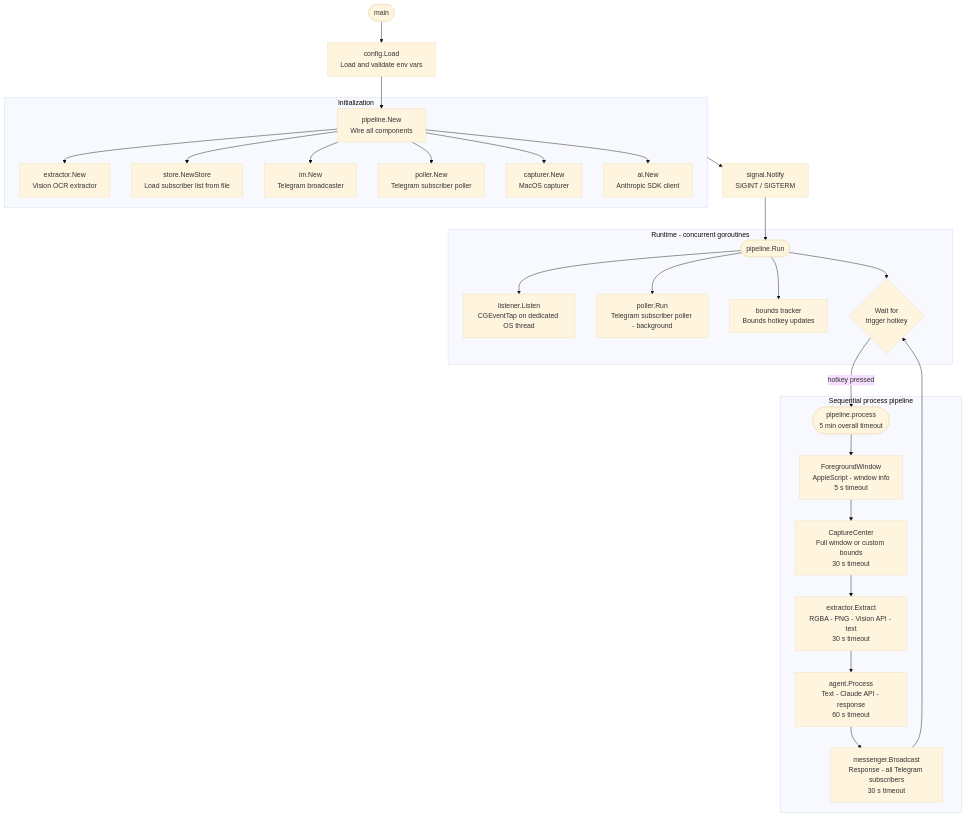
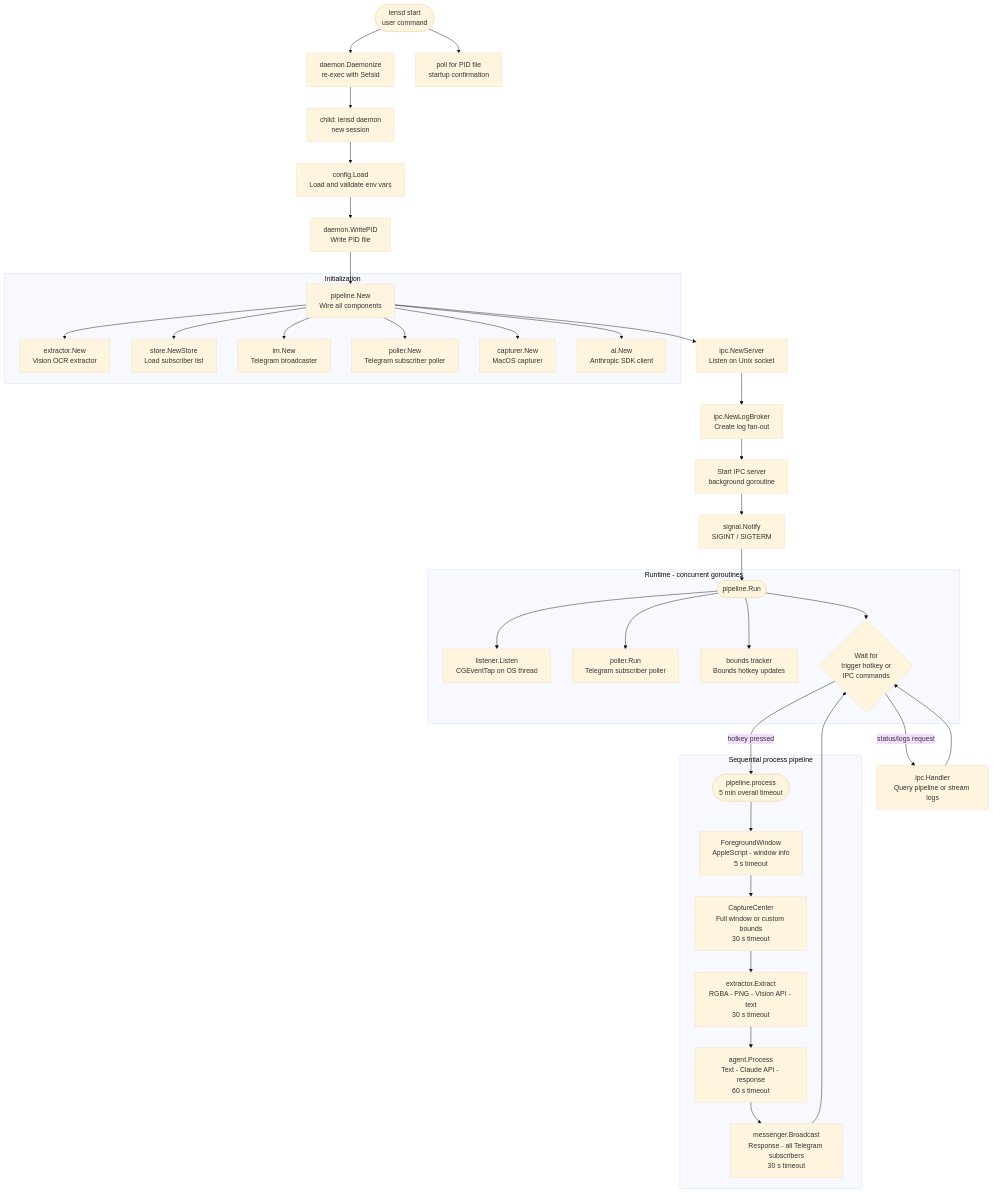
One commit to vdyalex/lens-daemon changed the first of 3 diagrams in docs/ARCHITECTURE.md. Above: the diagram before and after it, drawn with Mermaid (base theme). The commit also changed other lines of this file and 39 other files, not shown here.

````diff
--- a/docs/ARCHITECTURE.md
+++ b/docs/ARCHITECTURE.md
@@ -34,36 +60,46 @@
 ```mermaid
 flowchart TD
-    A([main]) --> B[config.Load<br/>Load and validate env vars]
-    B --> C[pipeline.New<br/>Wire all components]
+    A([lensd start<br/>user command]) --> B[daemon.Daemonize<br/>re-exec with Setsid]
+    B --> C[child: lensd daemon<br/>new session]
+    A --> D[poll for PID file<br/>startup confirmation]
+
+    C --> E[config.Load<br/>Load and validate env vars]
+    E --> F[daemon.WritePID<br/>Write PID file]
+    F --> G[pipeline.New<br/>Wire all components]
+    G --> H[ipc.NewServer<br/>Listen on Unix socket]
 
     subgraph Init[Initialization]
-        C --> D[extractor.New<br/>Vision OCR extractor]
-        C --> E[store.NewStore<br/>Load subscriber list from file]
-        C --> F[im.New<br/>Telegram broadcaster]
-        C --> G[poller.New<br/>Telegram subscriber poller]
-        C --> H[capturer.New<br/>MacOS capturer]
-        C --> I[ai.New<br/>Anthropic SDK client]
+        G --> I[extractor.New<br/>Vision OCR extractor]
+        G --> J[store.NewStore<br/>Load subscriber list]
+        G --> K[im.New<br/>Telegram broadcaster]
+        G --> L[poller.New<br/>Telegram subscriber poller]
+        G --> M[capturer.New<br/>MacOS capturer]
+        G --> N[ai.New<br/>Anthropic SDK client]
     end
 
-    Init --> J[signal.Notify<br/>SIGINT / SIGTERM]
-    J --> K([pipeline.Run])
+    H --> O[ipc.NewLogBroker<br/>Create log fan-out]
+    O --> P[Start IPC server<br/>background goroutine]
+    P --> Q[signal.Notify<br/>SIGINT / SIGTERM]
+    Q --> R([pipeline.Run])
 
     subgraph Runtime[Runtime - concurrent goroutines]
-        K --> L[listener.Listen<br/>CGEventTap on dedicated OS thread]
-        K --> M[poller.Run<br/>Telegram subscriber poller - background]
-        K --> N[bounds tracker<br/>Bounds hotkey updates]
-        K --> O{Wait for<br/>trigger hotkey}
+        R --> S[listener.Listen<br/>CGEventTap on OS thread]
+        R --> T[poller.Run<br/>Telegram subscriber poller]
+        R --> U[bounds tracker<br/>Bounds hotkey updates]
+        R --> V{Wait for<br/>trigger hotkey or<br/>IPC commands}
     end
 
-    O -->|hotkey pressed| P([pipeline.process<br/>5 min overall timeout])
+    V -->|status/logs request| W[ipc.Handler<br/>Query pipeline or stream logs]
+    V -->|hotkey pressed| X([pipeline.process<br/>5 min overall timeout])
 
     subgraph Process[Sequential process pipeline]
-        P --> Q[ForegroundWindow<br/>AppleScript - window info<br/>5 s timeout]
-        Q --> R[CaptureCenter<br/>Full window or custom bounds<br/>30 s timeout]
-        R --> S[extractor.Extract<br/>RGBA - PNG - Vision API - text<br/>30 s timeout]
-        S --> T[agent.Process<br/>Text - Claude API - response<br/>60 s timeout]
-        T --> U[messenger.Broadcast<br/>Response - all Telegram subscribers<br/>30 s timeout]
+        X --> Y[ForegroundWindow<br/>AppleScript - window info<br/>5 s timeout]
+        Y --> Z[CaptureCenter<br/>Full window or custom bounds<br/>30 s timeout]
+        Z --> AA[extractor.Extract<br/>RGBA - PNG - Vision API - text<br/>30 s timeout]
+        AA --> AB[agent.Process<br/>Text - Claude API - response<br/>60 s timeout]
+        AB --> AC[messenger.Broadcast<br/>Response - all Telegram subscribers<br/>30 s timeout]
     end
 
-    U --> O
+    AC --> V
+    W --> V
 ```
````
